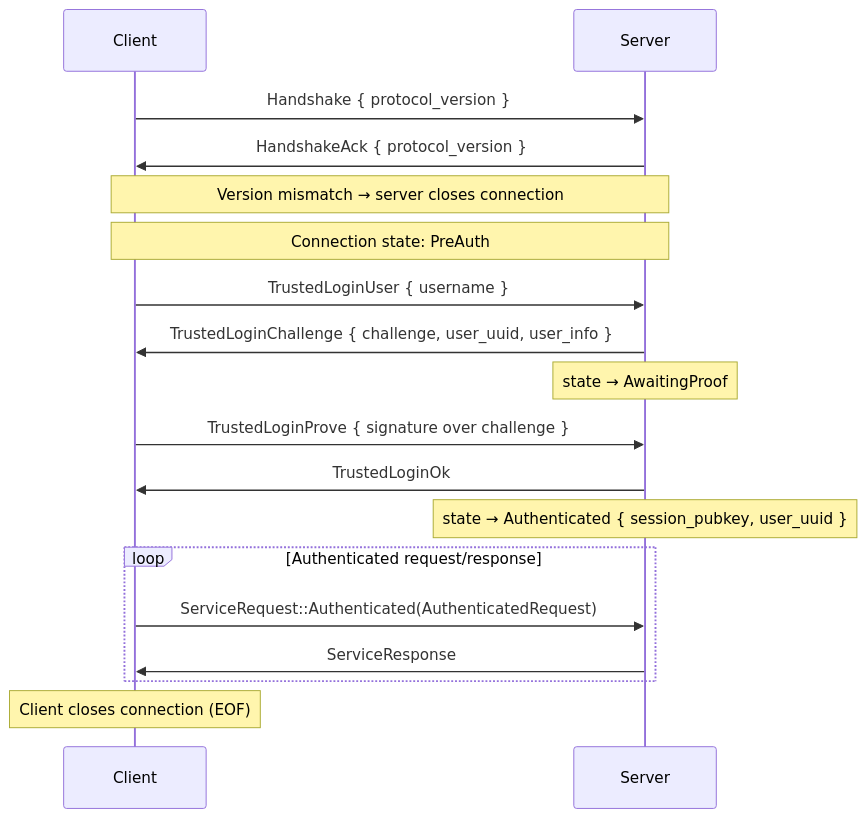
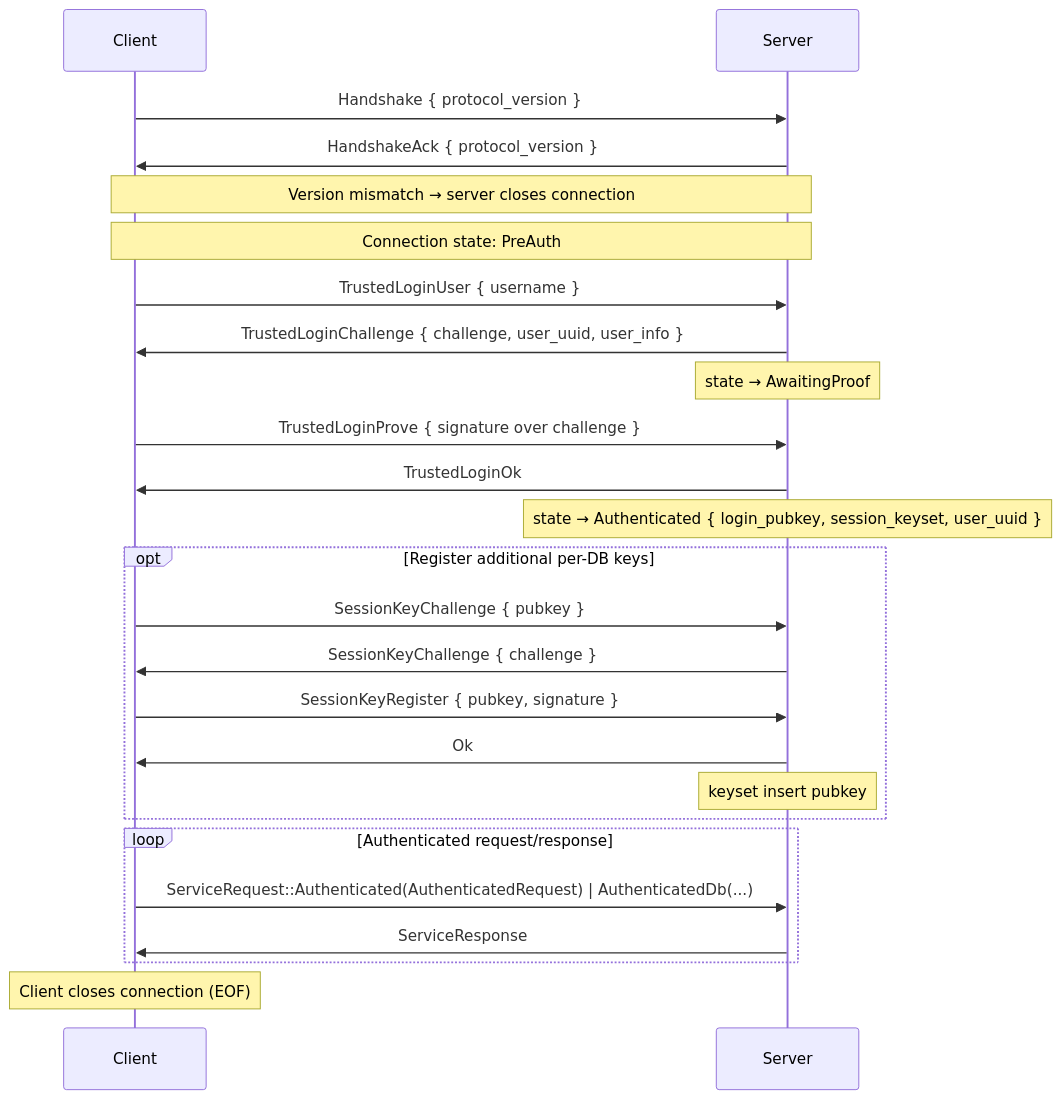
The second of 2 diagrams in docs/src/internal/service.md (arcuru/eidetica), drawn with Mermaid before and after one commit. The commit also changed other lines of this file and 3 other files, not shown here.

First line of the commit message:
docs(service): bring service architecture docs in line with final shape

````diff
--- a/docs/src/internal/service.md
+++ b/docs/src/internal/service.md
@@ -46,25 +46,33 @@
 ```mermaid
 sequenceDiagram
     participant C as Client
     participant S as Server
 
     C->>S: Handshake { protocol_version }
     S->>C: HandshakeAck { protocol_version }
     Note over C,S: Version mismatch → server closes connection
 
     Note over C,S: Connection state: PreAuth
 
     C->>S: TrustedLoginUser { username }
     S->>C: TrustedLoginChallenge { challenge, user_uuid, user_info }
     Note over S: state → AwaitingProof
     C->>S: TrustedLoginProve { signature over challenge }
     S->>C: TrustedLoginOk
-    Note over S: state → Authenticated { session_pubkey, user_uuid }
+    Note over S: state → Authenticated { login_pubkey, session_keyset, user_uuid }
+
+    opt Register additional per-DB keys
+        C->>S: SessionKeyChallenge { pubkey }
+        S->>C: SessionKeyChallenge { challenge }
+        C->>S: SessionKeyRegister { pubkey, signature }
+        S->>C: Ok
+        Note over S: keyset insert pubkey
+    end
 
     loop Authenticated request/response
-        C->>S: ServiceRequest::Authenticated(AuthenticatedRequest)
+        C->>S: ServiceRequest::Authenticated(AuthenticatedRequest) | AuthenticatedDb(...)
         S->>C: ServiceResponse
     end
 
     Note over C: Client closes connection (EOF)
 ```
````
